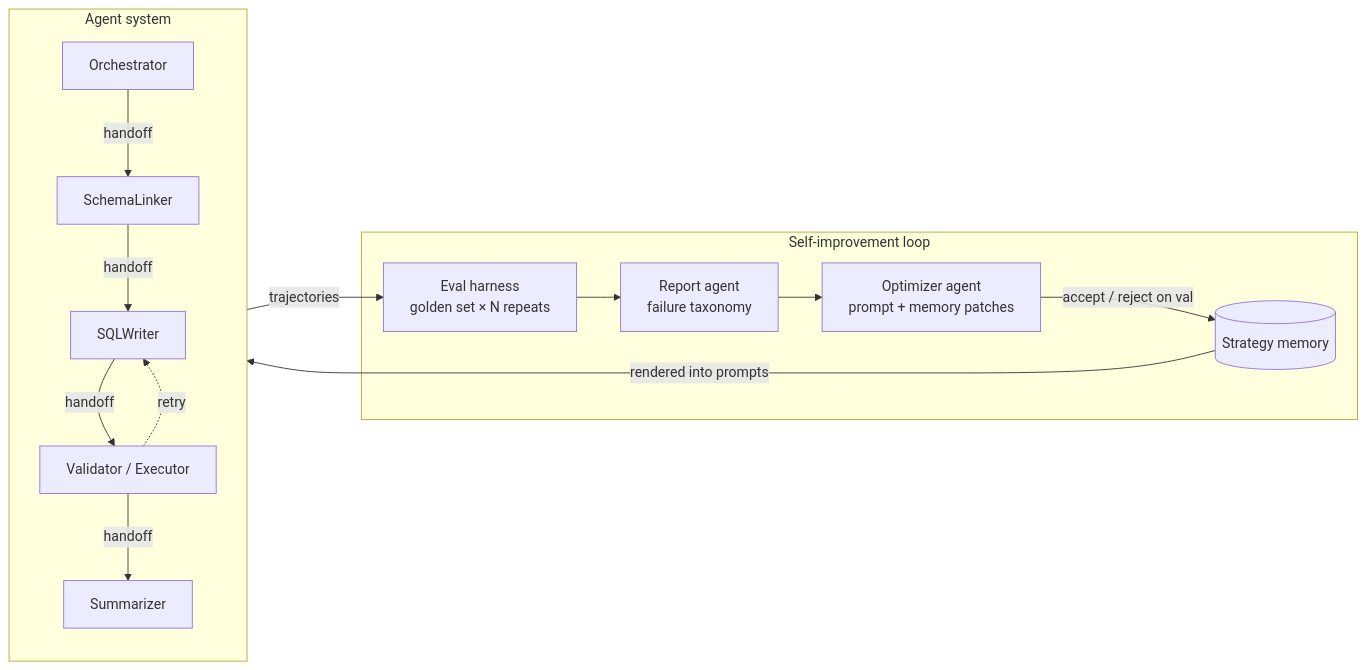
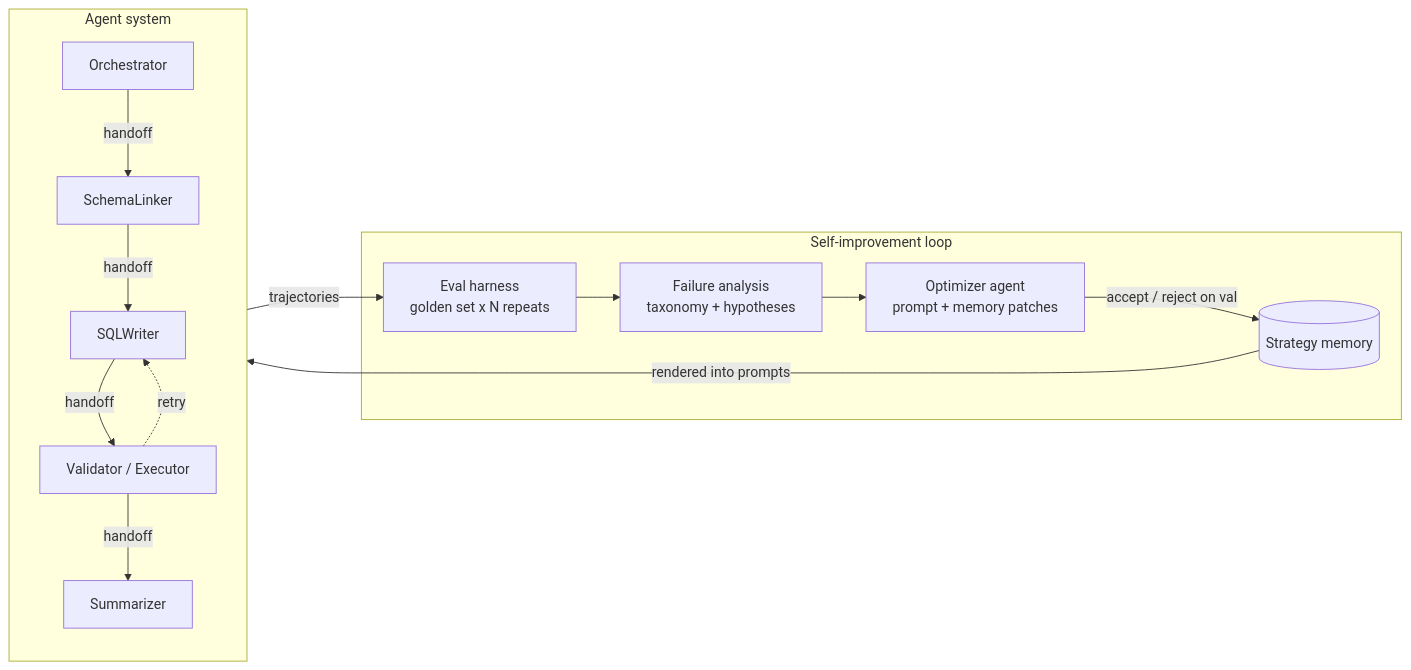
Before and after one commit to Yanan-Gong/ouroboros-sql: the diagram in README.md, drawn with Mermaid. The commit also changed other lines of this file, not shown here.

````diff
--- a/README.md
+++ b/README.md
@@ -7,17 +33,17 @@
 ```mermaid
 flowchart LR
     subgraph agent_system [Agent system]
         O[Orchestrator] -->|handoff| SL[SchemaLinker]
         SL -->|handoff| W[SQLWriter]
         W -->|handoff| V[Validator / Executor]
         V -->|handoff| S[Summarizer]
         V -.retry.-> W
     end
     subgraph loop [Self-improvement loop]
-        H[Eval harness<br/>golden set × N repeats] --> R[Report agent<br/>failure taxonomy]
+        H[Eval harness<br/>golden set x N repeats] --> R[Failure analysis<br/>taxonomy + hypotheses]
         R --> P[Optimizer agent<br/>prompt + memory patches]
         P -->|accept / reject on val| M[(Strategy memory)]
     end
     agent_system -- trajectories --> H
     M -- rendered into prompts --> agent_system
 ```
````
